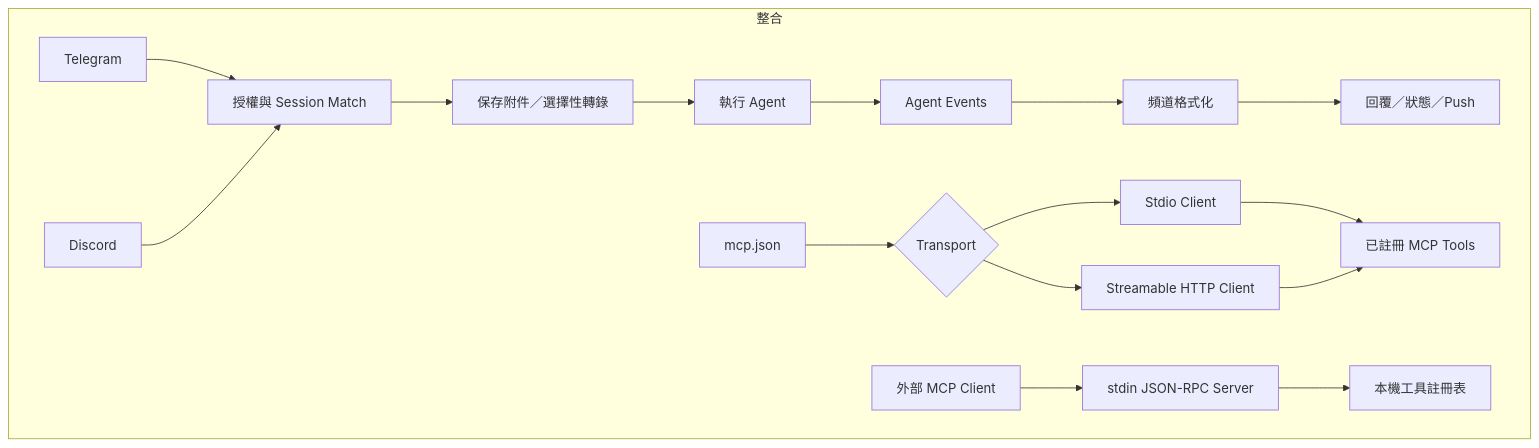
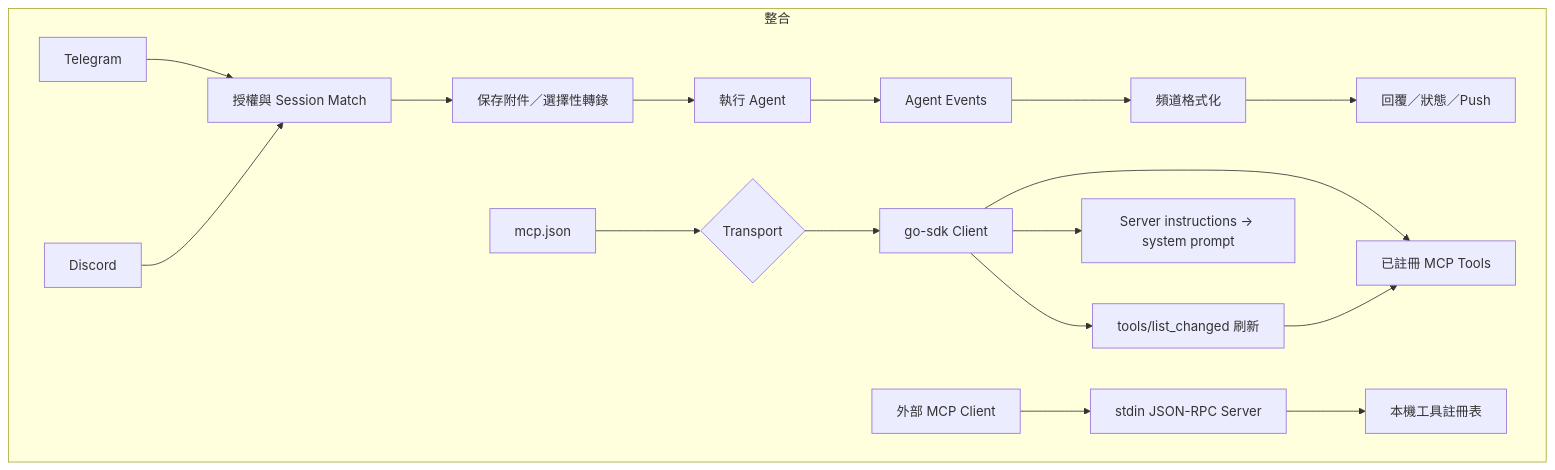
One commit to agenvoy/Agenvoy changed the eighth of 11 diagrams in doc/architecture.zh.md. Above: the diagram before and after it, drawn with Mermaid. The commit also changed other lines of this file and 5 other files, not shown here.

Commit message:
doc: Align docs with MCP go-sdk, reasoning_guide, and runtime limits

````diff
--- a/doc/architecture.zh.md
+++ b/doc/architecture.zh.md
@@ -163,20 +163,21 @@
 ```mermaid
 graph TB
     subgraph Integrations[整合]
         Telegram[Telegram] --> Auth[授權與 Session Match]
         Discord[Discord] --> Auth
         Auth --> Attachments[保存附件／選擇性轉錄]
         Attachments --> ChatRun[執行 Agent]
         ChatRun --> Events[Agent Events]
         Events --> Format[頻道格式化]
         Format --> Reply[回覆／狀態／Push]
 
         MCPConfig[mcp.json] --> Transport{Transport}
-        Transport --> Stdio[Stdio Client]
-        Transport --> StreamHTTP[Streamable HTTP Client]
-        Stdio --> MCPTools[已註冊 MCP Tools]
-        StreamHTTP --> MCPTools
+        Transport --> SDKClient[go-sdk Client]
+        SDKClient --> MCPTools[已註冊 MCP Tools]
+        SDKClient --> Refresh[tools/list_changed 刷新]
+        Refresh --> MCPTools
+        SDKClient --> Instructions[Server instructions → system prompt]
         ExternalClient[外部 MCP Client] --> LocalMCP[stdin JSON-RPC Server]
         LocalMCP --> Tools[本機工具註冊表]
     end
 ```
````
